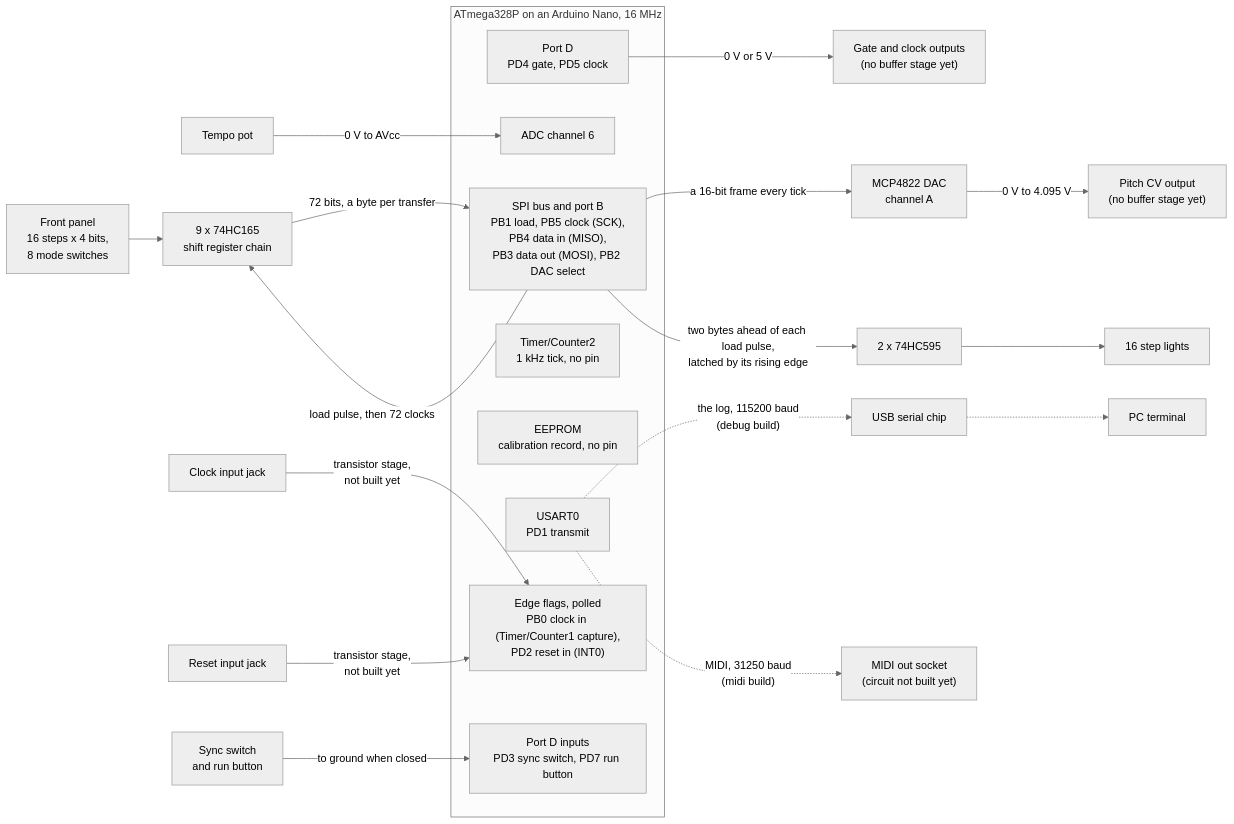
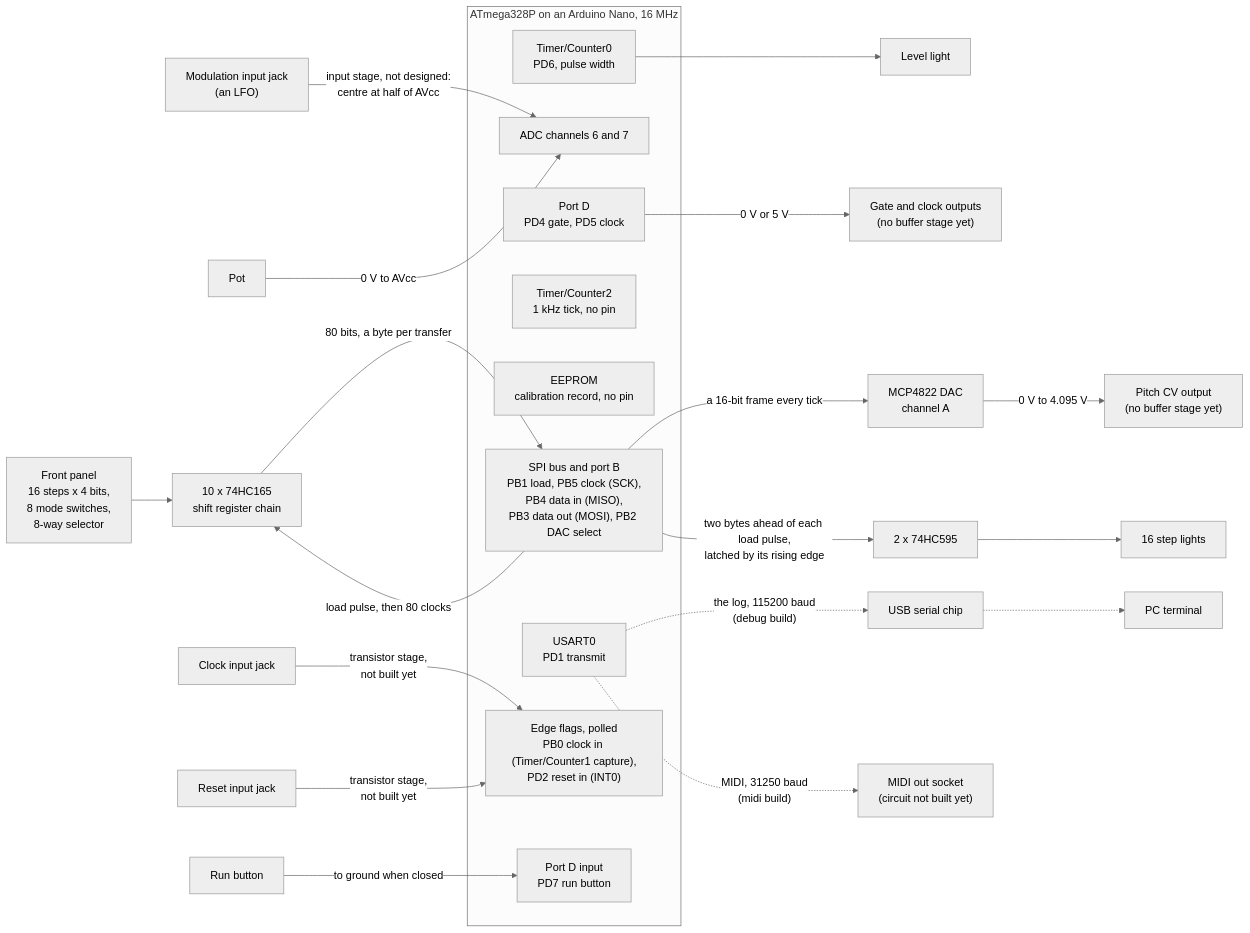
Before and after one commit to BonelessPig/nano_sequencer: the first of 29 diagrams in docs/ARCHITECTURE.md, drawn with Mermaid (neutral theme). The commit also changed other lines of this file and 3 other files, not shown here.

First line of the commit message:
Docs: the clock choosing itself, the amount bank, the level light and the LFO

````diff
--- a/docs/ARCHITECTURE.md
+++ b/docs/ARCHITECTURE.md
@@ -34,29 +36,33 @@
 ```mermaid
 flowchart LR
-    panel["Front panel<br/>16 steps x 4 bits,<br/>8 mode switches"] --> chain["9 x 74HC165<br/>shift register chain"]
-    pot["Tempo pot"]
+    panel["Front panel<br/>16 steps x 4 bits,<br/>8 mode switches,<br/>8-way selector"] --> chain["10 x 74HC165<br/>shift register chain"]
+    pot["Pot"]
+    lfojack["Modulation input jack<br/>(an LFO)"]
     subgraph mcu["ATmega328P on an Arduino Nano, 16 MHz"]
         gpio["SPI bus and port B<br/>PB1 load, PB5 clock (SCK),<br/>PB4 data in (MISO),<br/>PB3 data out (MOSI), PB2 DAC select"]
-        adc["ADC channel 6"]
+        adc["ADC channels 6 and 7"]
         usart["USART0<br/>PD1 transmit"]
         timer["Timer/Counter2<br/>1 kHz tick, no pin"]
         eeprom["EEPROM<br/>calibration record, no pin"]
         outs["Port D<br/>PD4 gate, PD5 clock"]
+        pwm["Timer/Counter0<br/>PD6, pulse width"]
         edges["Edge flags, polled<br/>PB0 clock in (Timer/Counter1 capture),<br/>PD2 reset in (INT0)"]
-        levels["Port D inputs<br/>PD3 sync switch, PD7 run button"]
+        levels["Port D input<br/>PD7 run button"]
     end
     clkjack["Clock input jack"] -->|"transistor stage,<br/>not built yet"| edges
     rstjack["Reset input jack"] -->|"transistor stage,<br/>not built yet"| edges
-    sw["Sync switch<br/>and run button"] -->|"to ground when closed"| levels
+    sw["Run button"] -->|"to ground when closed"| levels
+    pwm --> levellight["Level light"]
+    lfojack -->|"input stage, not designed:<br/>centre at half of AVcc"| adc
     outs -->|"0 V or 5 V"| jacks["Gate and clock outputs<br/>(no buffer stage yet)"]
-    gpio -->|"load pulse, then 72 clocks"| chain
+    gpio -->|"load pulse, then 80 clocks"| chain
     gpio -->|"a 16-bit frame every tick"| dac["MCP4822 DAC<br/>channel A"]
     gpio -->|"two bytes ahead of each load pulse,<br/>latched by its rising edge"| ledchain["2 x 74HC595"]
     ledchain --> lights["16 step lights"]
     dac -->|"0 V to 4.095 V"| cvjack["Pitch CV output<br/>(no buffer stage yet)"]
-    chain -->|"72 bits, a byte per transfer"| gpio
+    chain -->|"80 bits, a byte per transfer"| gpio
     pot -->|"0 V to AVcc"| adc
     usart -.->|"the log, 115200 baud<br/>(debug build)"| usb["USB serial chip"]
     usb -.-> pc["PC terminal"]
     usart -.->|"MIDI, 31250 baud<br/>(midi build)"| midi["MIDI out socket<br/>(circuit not built yet)"]
 ```
````
